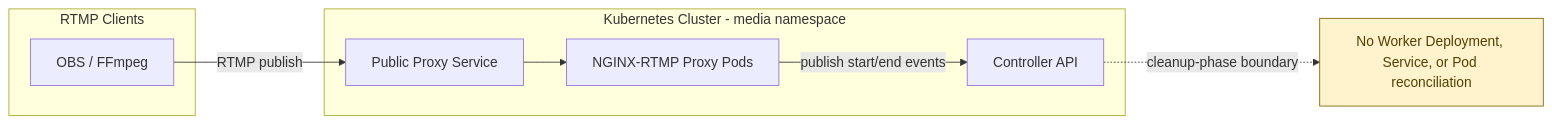
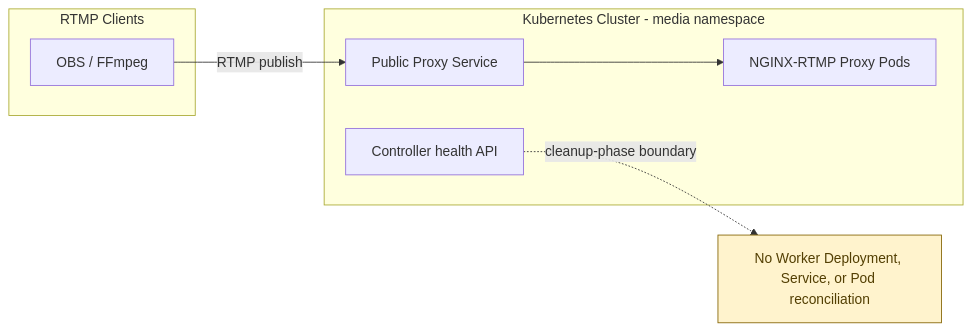
The diagram in diagrams/component.mmd (JadsonLucena/LiveEdgeCast), drawn with Mermaid before and after one commit. The commit also changed 11 other files, not shown here.

```diff
--- a/diagrams/component.mmd
+++ b/diagrams/component.mmd
@@ -1,17 +1,16 @@
 flowchart LR
     subgraph Clients[RTMP Clients]
         OBS[OBS / FFmpeg]
     end
 
     subgraph K8sCluster[Kubernetes Cluster - media namespace]
         PublicService[Public Proxy Service]
         Proxies[NGINX-RTMP Proxy Pods]
-        Controller[Controller API]
+        Controller[Controller health API]
     end
 
     OBS -->|RTMP publish| PublicService
     PublicService --> Proxies
-    Proxies -->|publish start/end events| Controller
     Boundary[No Worker Deployment, Service, or Pod reconciliation]:::note
     Controller -. cleanup-phase boundary .-> Boundary
     classDef note fill:#fff3cd,stroke:#856404,color:#533f03
```
